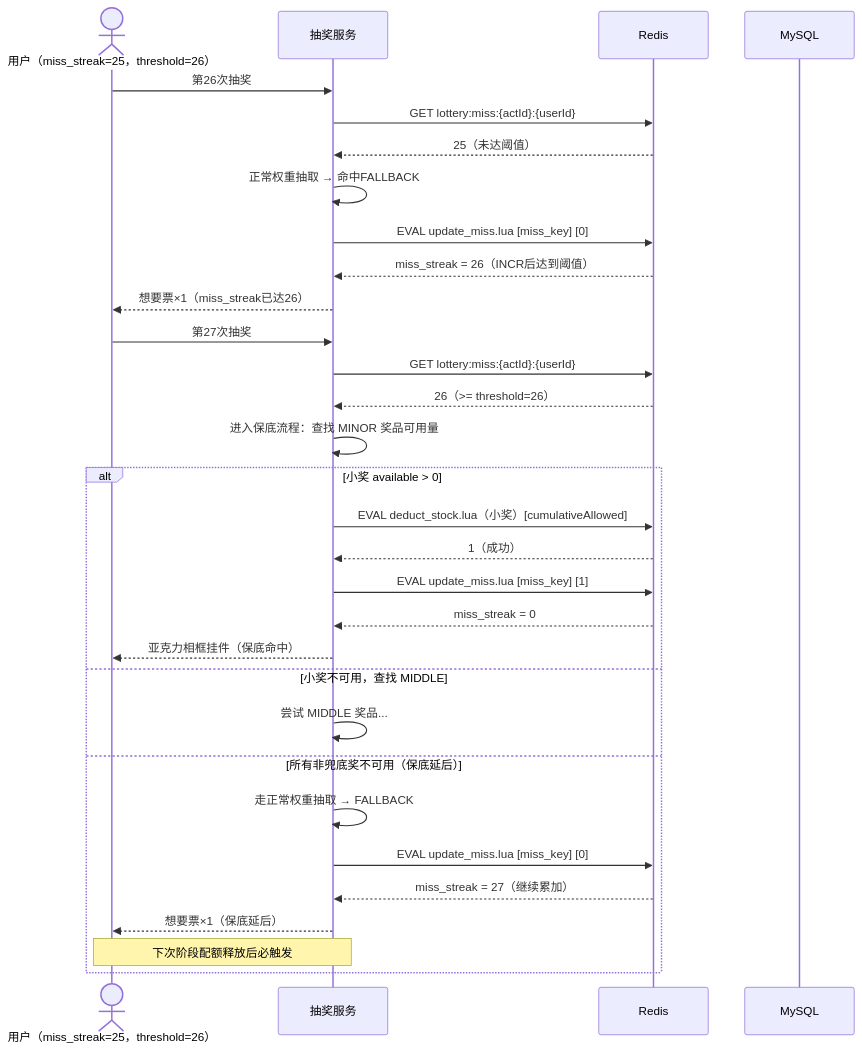
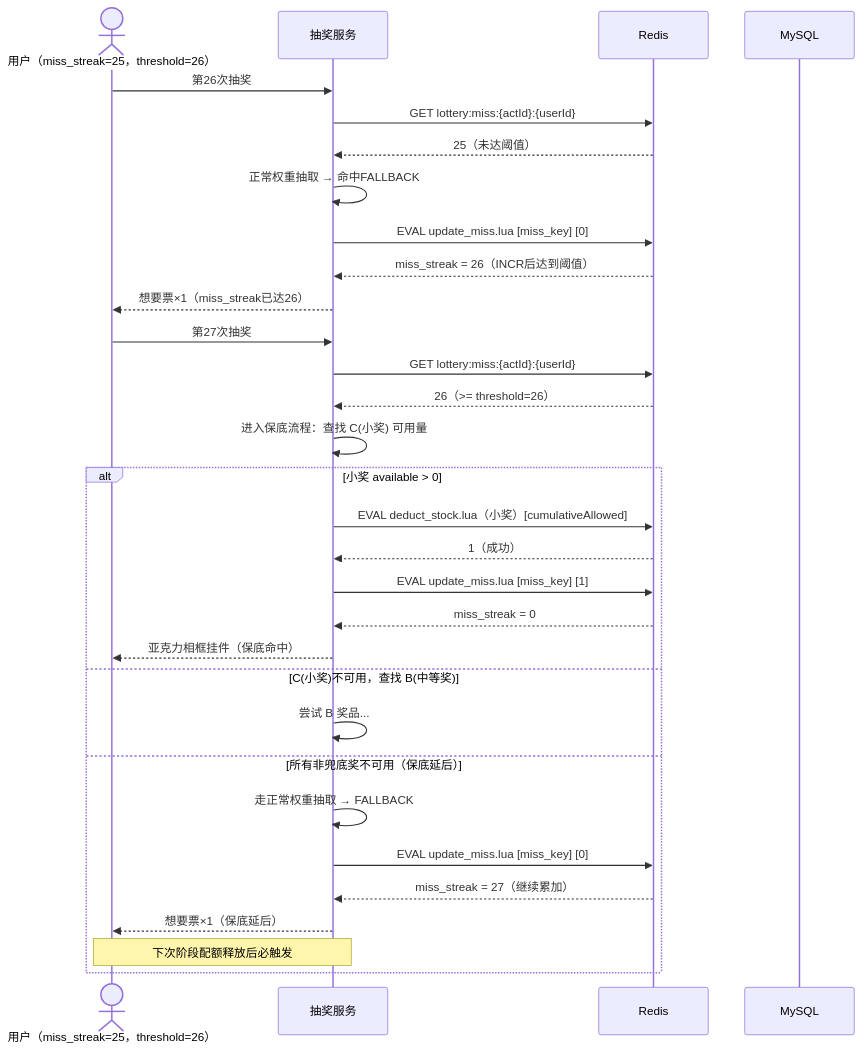
The third of 6 diagrams in src/main/java/uml/claude_code/lottery/lottery-tech-design-v2.md (HanyuKing/learn-jdk), drawn with Mermaid before and after one commit. The commit also changed other lines of this file and 1 other file, not shown here.

Commit message:
table schema

````diff
--- a/src/main/java/uml/claude_code/lottery/lottery-tech-design-v2.md
+++ b/src/main/java/uml/claude_code/lottery/lottery-tech-design-v2.md
@@ -530,42 +531,42 @@
 ```mermaid
 sequenceDiagram
     actor U as 用户（miss_streak=25，threshold=26）
     participant LS as 抽奖服务
     participant RC as Redis
     participant DB as MySQL
 
     U->>LS: 第26次抽奖
 
     LS->>RC: GET lottery:miss:{actId}:{userId}
     RC-->>LS: 25（未达阈值）
 
     LS->>LS: 正常权重抽取 → 命中FALLBACK
 
     LS->>RC: EVAL update_miss.lua [miss_key] [0]
     RC-->>LS: miss_streak = 26（INCR后达到阈值）
 
     LS-->>U: 想要票×1（miss_streak已达26）
 
     U->>LS: 第27次抽奖
 
     LS->>RC: GET lottery:miss:{actId}:{userId}
     RC-->>LS: 26（>= threshold=26）
 
-    LS->>LS: 进入保底流程：查找 MINOR 奖品可用量
+    LS->>LS: 进入保底流程：查找 C(小奖) 可用量
 
     alt 小奖 available > 0
         LS->>RC: EVAL deduct_stock.lua（小奖）[cumulativeAllowed]
         RC-->>LS: 1（成功）
         LS->>RC: EVAL update_miss.lua [miss_key] [1]
         RC-->>LS: miss_streak = 0
         LS-->>U: 亚克力相框挂件（保底命中）
-    else 小奖不可用，查找 MIDDLE
-        LS->>LS: 尝试 MIDDLE 奖品...
+    else C(小奖)不可用，查找 B(中等奖)
+        LS->>LS: 尝试 B 奖品...
     else 所有非兜底奖不可用（保底延后）
         LS->>LS: 走正常权重抽取 → FALLBACK
         LS->>RC: EVAL update_miss.lua [miss_key] [0]
         RC-->>LS: miss_streak = 27（继续累加）
         LS-->>U: 想要票×1（保底延后）
         Note over U,LS: 下次阶段配额释放后必触发
     end
 ```
````
